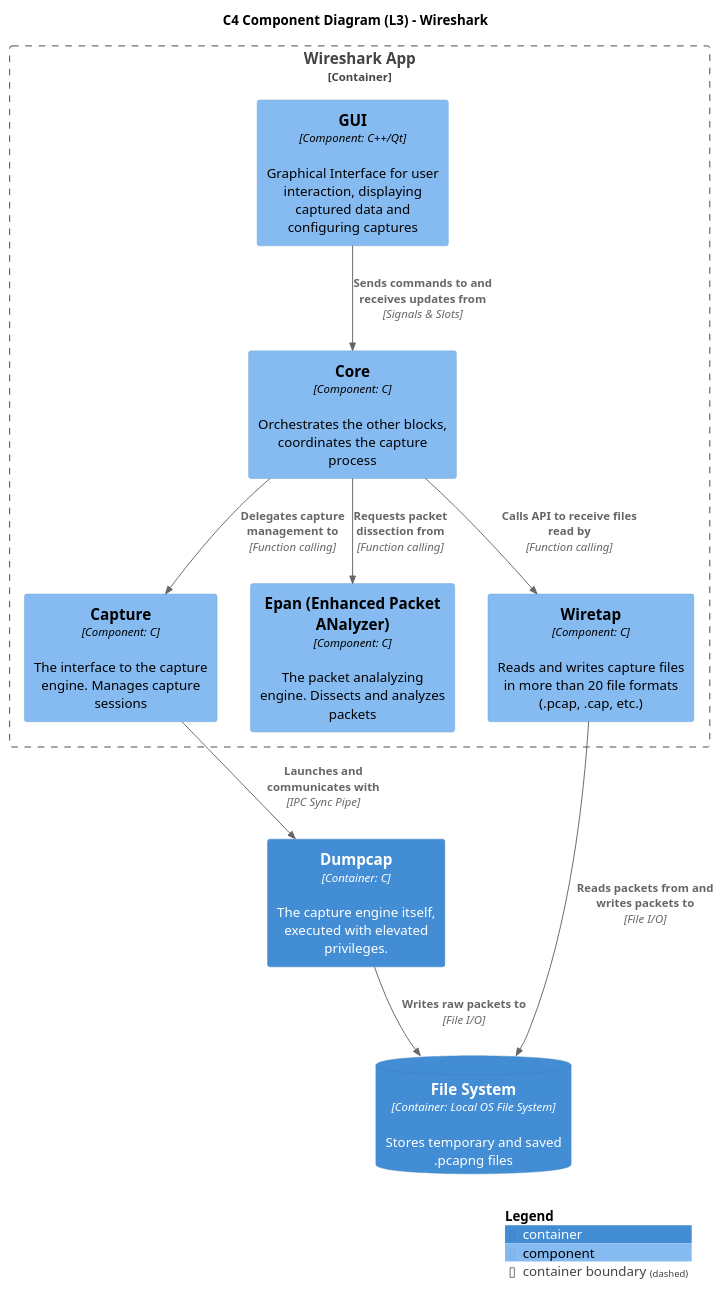
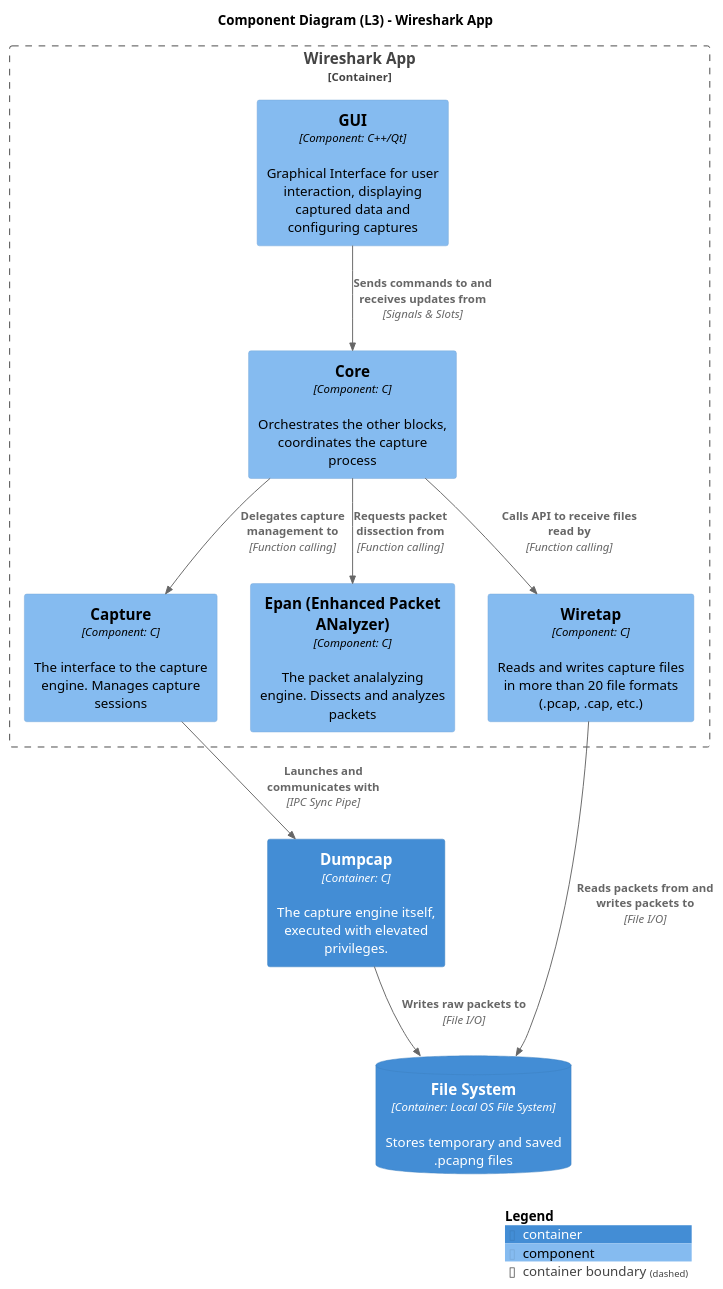
One commit to SDA-Team05/project-team05 changed the diagram in reports/architecture-diagrams/sketches/component_sketch.puml. Above: the diagram before and after it, drawn with PlantUML. The commit also changed 10 other files, not shown here.

Commit message:
merged architecture reports and added diagrams

```diff
--- a/reports/architecture-diagrams/sketches/component_sketch.puml
+++ b/reports/architecture-diagrams/sketches/component_sketch.puml
@@ -1,37 +1,37 @@
 @startuml C4_Elements_L3
 !include https://raw.githubusercontent.com/plantuml-stdlib/C4-PlantUML/master/C4_Component.puml
 
-title C4 Component Diagram (L3) - Wireshark
+title Component Diagram (L3) - Wireshark App
 
 Container_Boundary(wiresharkBoundary, "Wireshark App") {
     Component(gui, "GUI", "Component: C++/Qt", "Graphical Interface for user interaction, displaying captured data and configuring captures")
     Component(core, "Core", "Component: C", "Orchestrates the other blocks, coordinates the capture process")
     Component(capture, "Capture", "Component: C", "The interface to the capture engine. Manages capture sessions")
     Component(epan, "Epan (Enhanced Packet ANalyzer)", "Component: C", "The packet analalyzing engine. Dissects and analyzes packets")
     Component(wireTap, "Wiretap", "Component: C", "Reads and writes capture files in more than 20 file formats (.pcap, .cap, etc.)")
 }
 
 Container(dumpcap, "Dumpcap", "Container: C", "The capture engine itself, executed with elevated privileges.")
 ContainerDb(filesystem, "File System", "Container: Local OS File System", "Stores temporary and saved .pcapng files")
 
 Rel(gui, core, "Sends commands to and receives updates from", "Signals & Slots")
 Rel(core, capture, "Delegates capture management to", "Function calling")
 Rel(core, epan, "Requests packet dissection from", "Function calling")
 
 Rel(capture, dumpcap, "Launches and communicates with", "IPC Sync Pipe")
 ' Capture initializes dumpcap. The core communicates with Dumpcap thanks to Capture
 Rel(dumpcap, filesystem, "Writes raw packets to", "File I/O")
 ' Dumpcap writes raw packets in a temporary file on the hard disk.
 ' Once a packets block has been written, Dumpcap signals Capture, which in turn signals the Core
 
 Rel(core, wireTap, "Calls API to receive files read by", "Function calling")
 ' Once the Core receives the signal, it uses Wiretap to read the packets
 
 Rel(wireTap, filesystem, "Reads packets from and writes packets to", "File I/O")
 ' Wiretap reads the packets from the hard disk
 
 ' CONNECTION BETWEEN WIRETAP AND CAPTURE IS ONLY FOR SHARED DATA STRUCTURES AND FILE FORMATS, NOT FOR FUNCTION CALLS.
 ' UTILITIES ARE EXCLUDED SINCE THEY ARE NOT COMPONENTS, BUT RATHER HELPER CLASSES AND FUNCTIONS USED BY THE COMPONENTS.
 
 SHOW_LEGEND()
 @enduml
```
